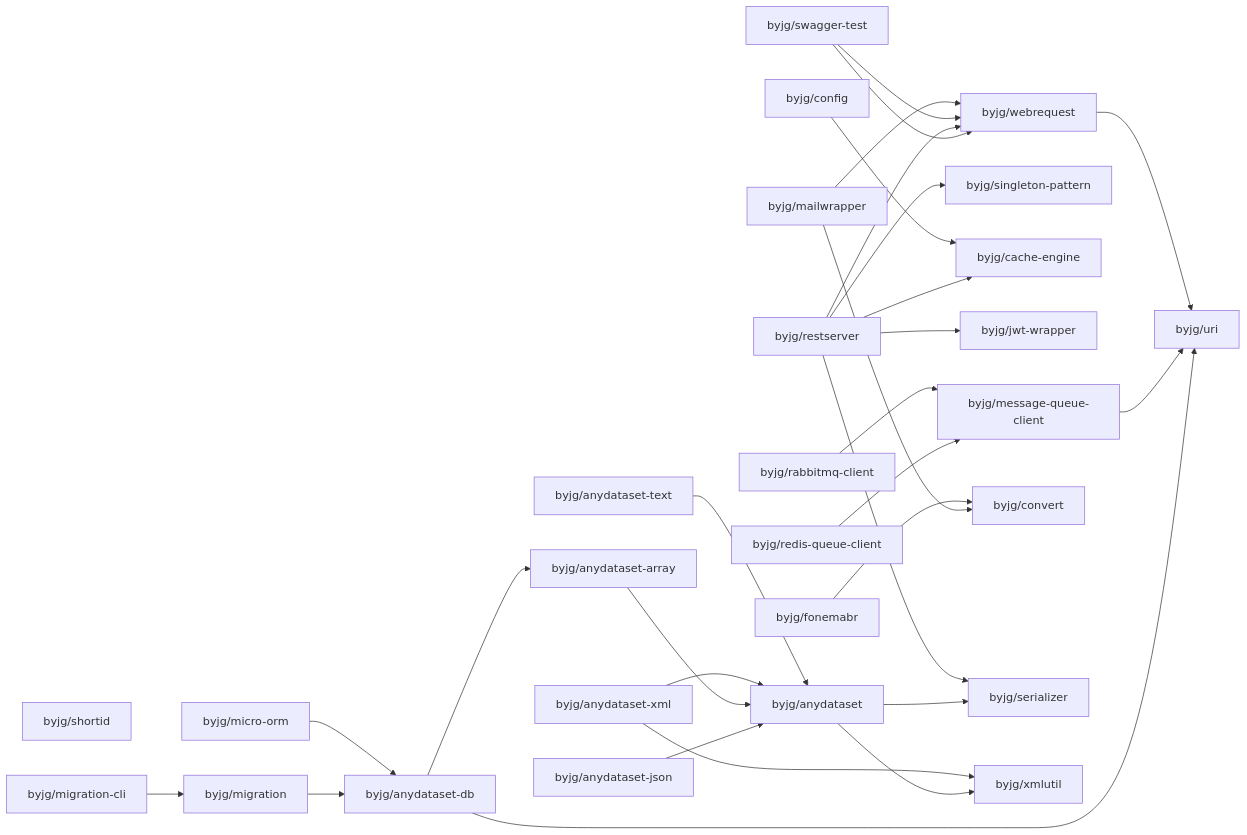
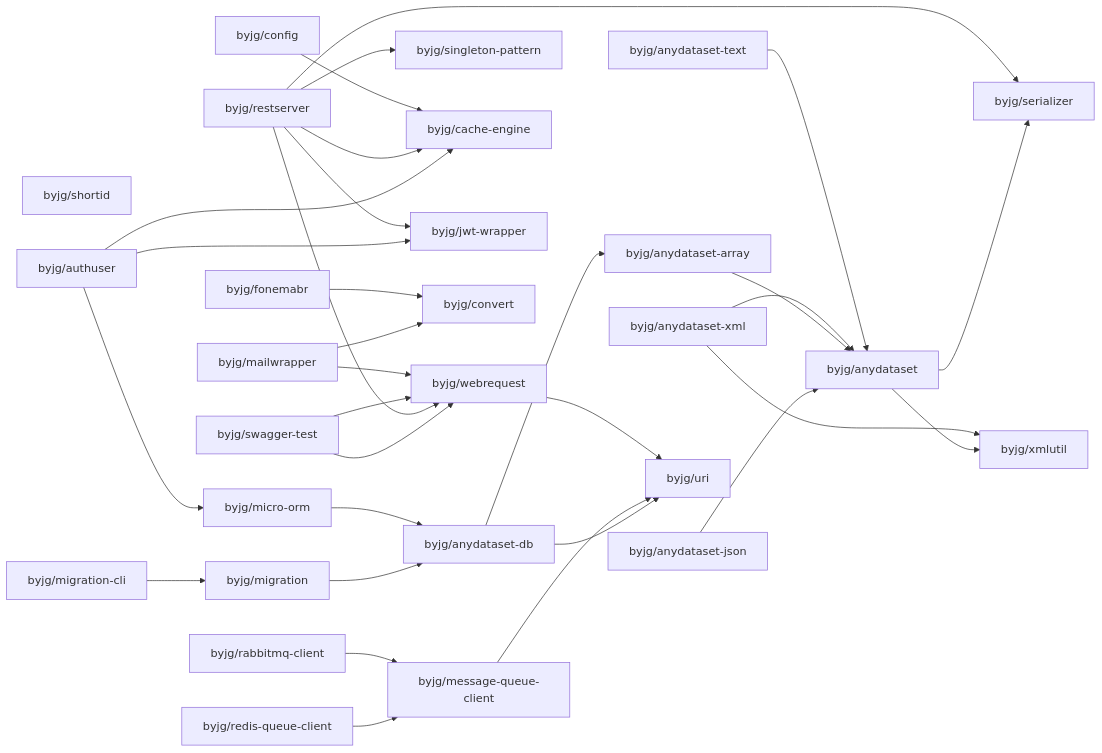
Before and after one commit to byjg/byjg.github.io: the diagram in php/README.md, drawn with Mermaid. The commit also changed 1 other file, not shown here.

Commit message:
Update documentation 'php' 'php-authuser'

````diff
--- a/php/README.md
+++ b/php/README.md
@@ -3,56 +3,60 @@
 ```mermaid
 graph LR;
+  byjg/config;
+  byjg/redis-queue-client;
+  byjg/anydataset-text;
+  byjg/shortid;
+  byjg/swagger-test;
   byjg/rabbitmq-client;
   byjg/anydataset-json;
+  byjg/authuser;
+  byjg/fonemabr;
   byjg/anydataset-xml;
-  byjg/shortid;
-  byjg/redis-queue-client;
-  byjg/config;
+  byjg/restserver;
+  byjg/migration-cli;
   byjg/mailwrapper;
+  byjg/message-queue-client;
   byjg/micro-orm;
-  byjg/migration-cli;
-  byjg/anydataset-text;
-  byjg/restserver;
-  byjg/swagger-test;
-  byjg/fonemabr;
-  byjg/message-queue-client;
-  byjg/migration;
   byjg/singleton-pattern;
   byjg/cache-engine;
   byjg/jwt-wrapper;
+  byjg/migration;
+  byjg/convert;
   byjg/webrequest;
-  byjg/convert;
   byjg/anydataset-db;
   byjg/anydataset-array;
   byjg/uri;
   byjg/anydataset;
   byjg/serializer;
   byjg/xmlutil;
   byjg/fonemabr --> byjg/convert;
   byjg/config --> byjg/cache-engine;
   byjg/anydataset-text --> byjg/anydataset;
   byjg/webrequest --> byjg/uri;
   byjg/rabbitmq-client --> byjg/message-queue-client;
   byjg/micro-orm --> byjg/anydataset-db;
   byjg/anydataset-xml --> byjg/anydataset;
   byjg/anydataset-xml --> byjg/xmlutil;
   byjg/anydataset-array --> byjg/anydataset;
   byjg/mailwrapper --> byjg/convert;
   byjg/mailwrapper --> byjg/webrequest;
   byjg/message-queue-client --> byjg/uri;
   byjg/anydataset-db --> byjg/anydataset-array;
   byjg/anydataset-db --> byjg/uri;
   byjg/anydataset-json --> byjg/anydataset;
   byjg/migration --> byjg/anydataset-db;
   byjg/swagger-test --> byjg/webrequest;
   byjg/redis-queue-client --> byjg/message-queue-client;
   byjg/restserver --> byjg/serializer;
   byjg/restserver --> byjg/singleton-pattern;
   byjg/restserver --> byjg/cache-engine;
   byjg/restserver --> byjg/webrequest;
   byjg/restserver --> byjg/jwt-wrapper;
+  byjg/authuser --> byjg/micro-orm;
+  byjg/authuser --> byjg/cache-engine;
+  byjg/authuser --> byjg/jwt-wrapper;
   byjg/swagger-test --> byjg/webrequest;
   byjg/migration-cli --> byjg/migration;
   byjg/anydataset --> byjg/serializer;
   byjg/anydataset --> byjg/xmlutil;
 ```
````
